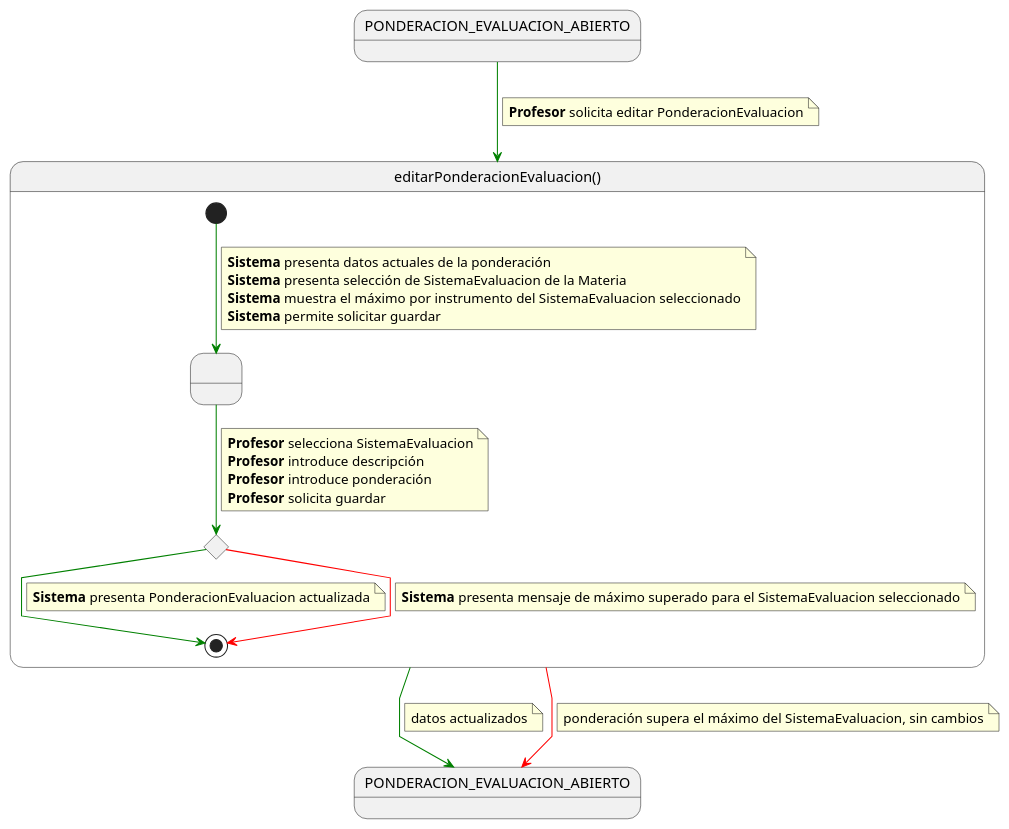
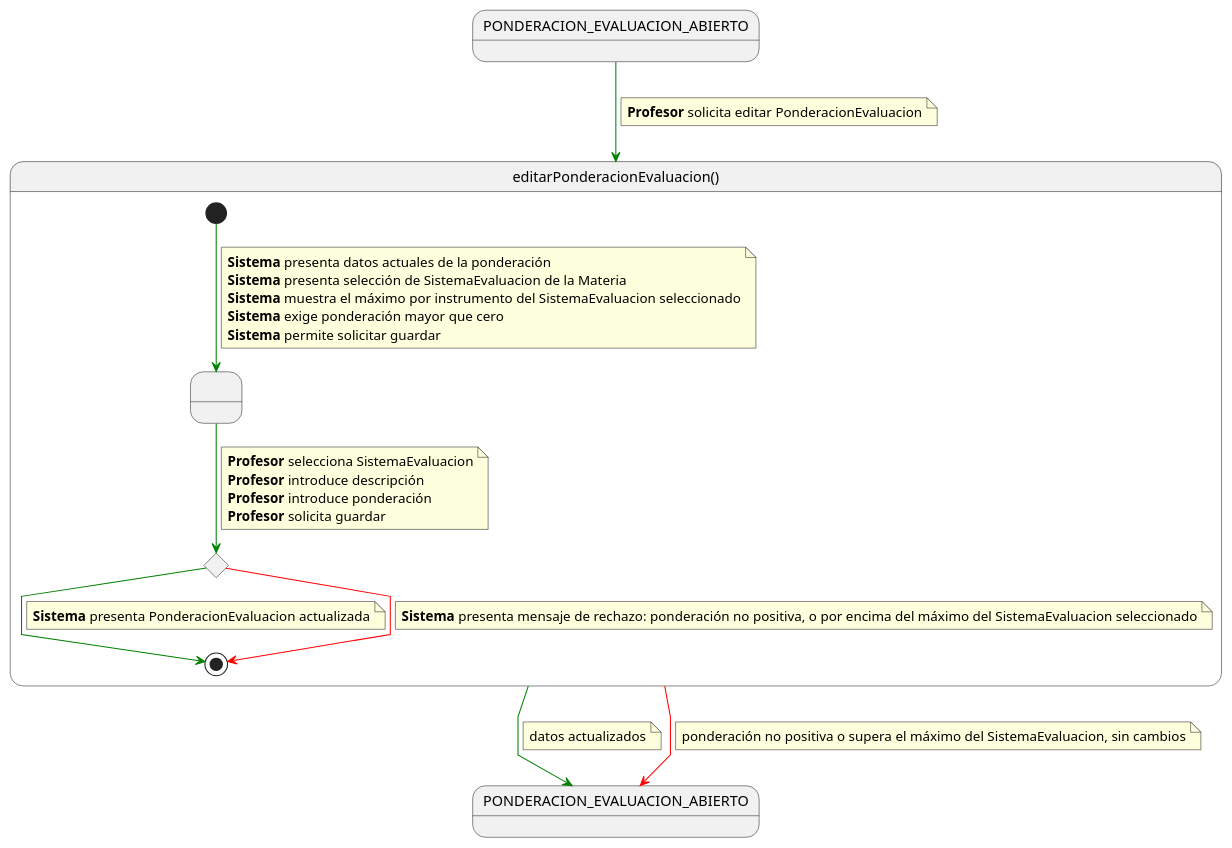
One commit to mmasias/pyCeldaPublico changed the diagram in RUP/01-requisitos/03-detalle-casos-uso/editarPonderacionEvaluacion/especificacion.puml. Above: the diagram before and after it, drawn with PlantUML. The commit also changed 393 other files, not shown here.

```diff
--- a/RUP/01-requisitos/03-detalle-casos-uso/editarPonderacionEvaluacion/especificacion.puml
+++ b/RUP/01-requisitos/03-detalle-casos-uso/editarPonderacionEvaluacion/especificacion.puml
@@ -1,55 +1,56 @@
 @startuml editarPonderacionEvaluacion
 
 skinparam linetype polyline
 
 state PONDERACION_EVALUACION_ABIERTO
 state PONDERACION_EVALUACION_ABIERTO_SALIDA as "PONDERACION_EVALUACION_ABIERTO"
 
 PONDERACION_EVALUACION_ABIERTO -[#green]-> editarPonderacionEvaluacion
 note on link
 <b>Profesor</b> solicita editar PonderacionEvaluacion
 end note
 
 state editarPonderacionEvaluacion as "editarPonderacionEvaluacion()" {
 
     state " " as EditandoDatos
     state c <<choice>>
 
     [*] -[#green]-> EditandoDatos
     note on link
     <b>Sistema</b> presenta datos actuales de la ponderación
     <b>Sistema</b> presenta selección de SistemaEvaluacion de la Materia
     <b>Sistema</b> muestra el máximo por instrumento del SistemaEvaluacion seleccionado
+    <b>Sistema</b> exige ponderación mayor que cero
     <b>Sistema</b> permite solicitar guardar
     end note
 
     EditandoDatos -[#green]-> c
     note on link
     <b>Profesor</b> selecciona SistemaEvaluacion
     <b>Profesor</b> introduce descripción
     <b>Profesor</b> introduce ponderación
     <b>Profesor</b> solicita guardar
     end note
 
     c -[#green]-> [*]
     note on link
     <b>Sistema</b> presenta PonderacionEvaluacion actualizada
     end note
 
     c -[#red]-> [*]
     note on link
-    <b>Sistema</b> presenta mensaje de máximo superado para el SistemaEvaluacion seleccionado
+    <b>Sistema</b> presenta mensaje de rechazo: ponderación no positiva, o por encima del máximo del SistemaEvaluacion seleccionado
     end note
 }
 
 editarPonderacionEvaluacion -[#green]-> PONDERACION_EVALUACION_ABIERTO_SALIDA
 note on link
 datos actualizados
 end note
 
 editarPonderacionEvaluacion -[#red]-> PONDERACION_EVALUACION_ABIERTO_SALIDA
 note on link
-ponderación supera el máximo del SistemaEvaluacion, sin cambios
+ponderación no positiva o supera el máximo del SistemaEvaluacion, sin cambios
 end note
 
 @enduml
```
